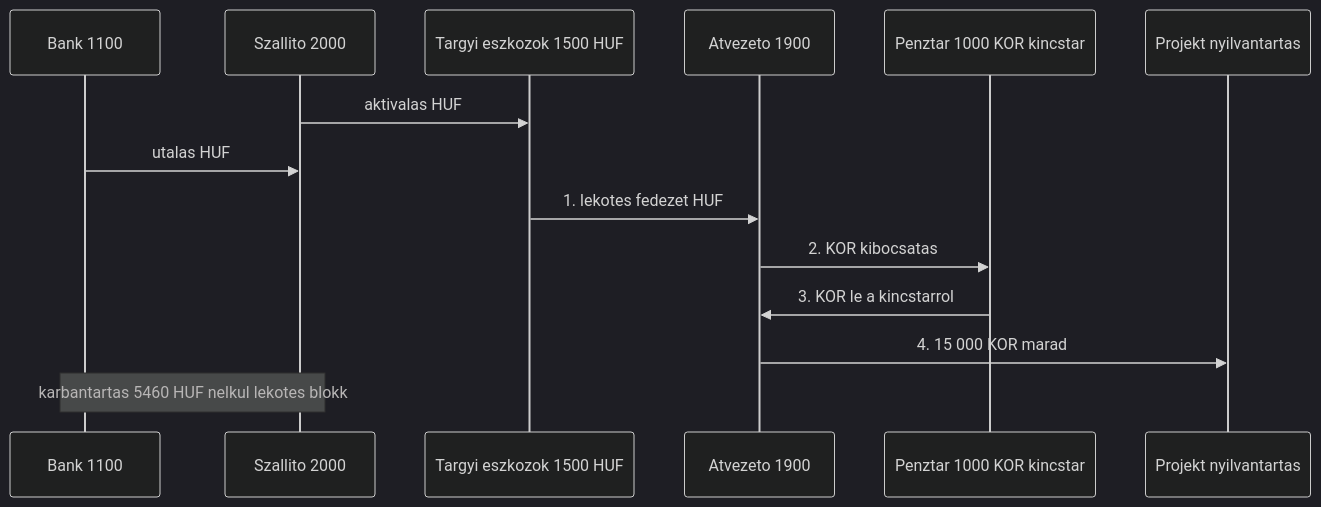
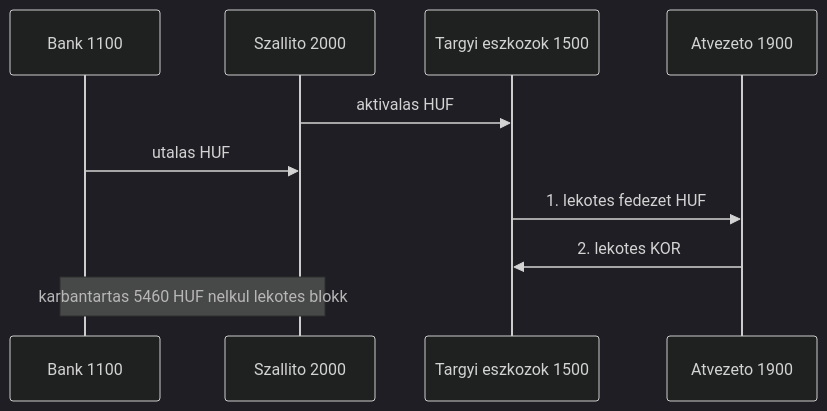
One commit to pitiboy/curr changed the tenth of 15 diagrams in docs/transaction-workflow.md. Above: the diagram before and after it, drawn with Mermaid (dark theme). The commit also changed other lines of this file and 8 other files, not shown here.

````diff
--- a/docs/transaction-workflow.md
+++ b/docs/transaction-workflow.md
@@ -492,17 +472,13 @@
 ```mermaid
 sequenceDiagram
   participant Bank as Bank 1100
   participant Szallito as Szallito 2000
-  participant Eszkoz as Targyi eszkozok 1500 HUF
+  participant Eszkoz as Targyi eszkozok 1500
   participant Atv as Atvezeto 1900
-  participant Kt as Penztar 1000 KOR kincstar
-  participant Projekt as Projekt nyilvantartas
 
   Szallito->>Eszkoz: aktivalas HUF
   Bank->>Szallito: utalas HUF
   Eszkoz->>Atv: 1. lekotes fedezet HUF
-  Atv->>Kt: 2. KOR kibocsatas
-  Kt->>Atv: 3. KOR le a kincstarrol
-  Atv->>Projekt: 4. 15 000 KOR marad
+  Atv->>Eszkoz: 2. lekotes KOR
   Note over Bank,Szallito: karbantartas 5460 HUF nelkul lekotes blokk
 ```
````
